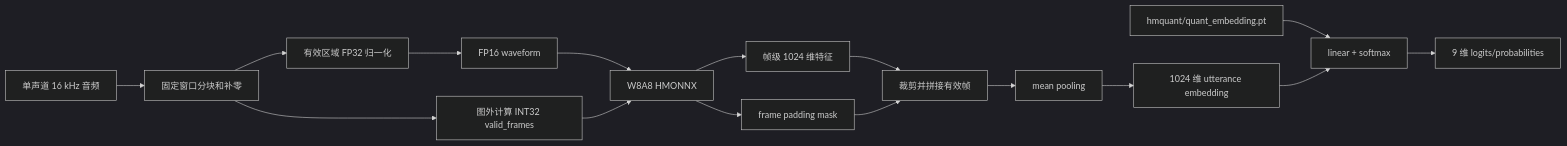
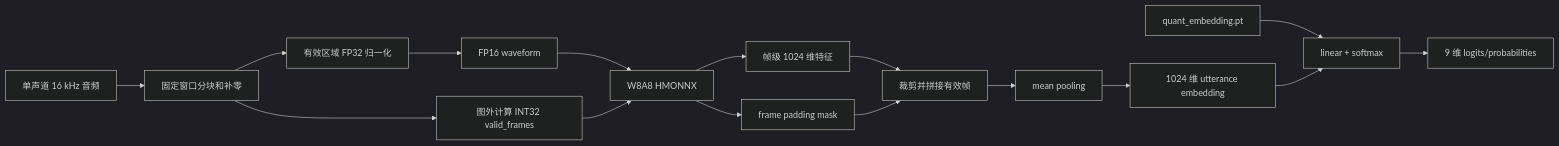
Before and after one commit to houmo-ai/houmo-xh2modelzoo: the second of 2 diagrams in xhmodel_merak/xh_llm/models/emotion2vec/README.md, drawn with Mermaid (dark theme). The commit also changed other lines of this file and 10 other files, not shown here.

````diff
--- a/xhmodel_merak/xh_llm/models/emotion2vec/README.md
+++ b/xhmodel_merak/xh_llm/models/emotion2vec/README.md
@@ -235,18 +238,18 @@
 ```mermaid
 flowchart LR
     A[单声道 16 kHz 音频] --> B[固定窗口分块和补零]
     B --> C[有效区域 FP32 归一化]
     C --> D[FP16 waveform]
     B --> E[图外计算 INT32 valid_frames]
     D --> F[W8A8 HMONNX]
     E --> F
     F --> G[帧级 1024 维特征]
     F --> H[frame padding mask]
     G --> I[裁剪并拼接有效帧]
     H --> I
     I --> J[mean pooling]
     J --> K[1024 维 utterance embedding]
-    L[hmquant/quant_embedding.pt] --> M[linear + softmax]
+    L[quant_embedding.pt] --> M[linear + softmax]
     K --> M
     M --> N[9 维 logits/probabilities]
 ```
````
